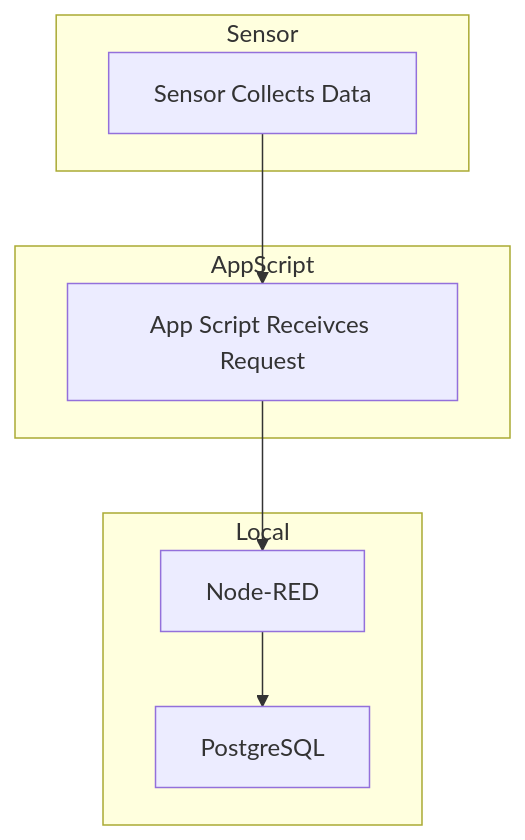
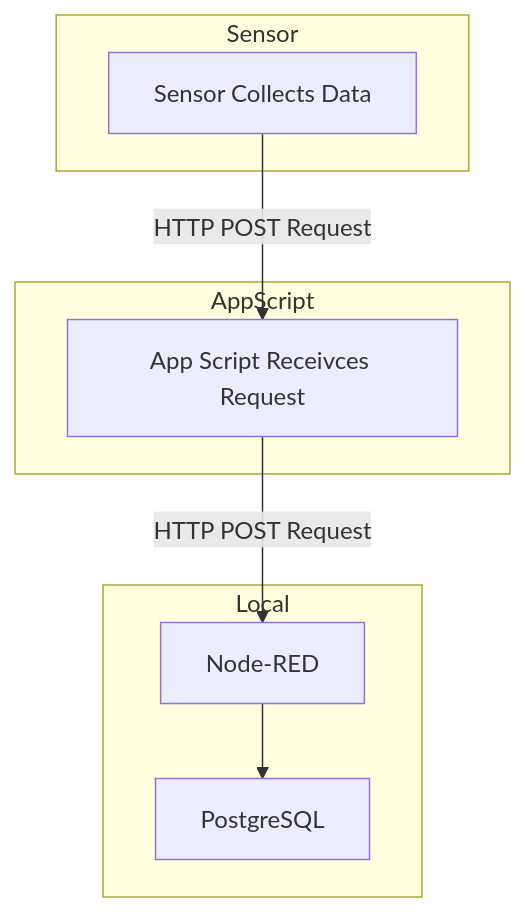
One commit to jonss0777/DIY_Sensor changed the second of 2 diagrams in README.md. Above: the diagram before and after it, drawn with Mermaid. The commit also changed other lines of this file, not shown here.

````diff
--- a/README.md
+++ b/README.md
@@ -29,18 +29,18 @@
 ```mermaid
   flowchart TD
     subgraph Sensor
         A1[Sensor Collects Data]
     end
 
     subgraph AppScript
         B1[App Script Receivces Request]
     end
 
     subgraph Local
         C1[Node-RED] --> B2[PostgreSQL]
     end
 
-    A1 --> B1
-    B1 --> C1
+    A1 --> |HTTP POST Request|B1
+    B1 --> |HTTP POST Request|C1
 
 ```
````
